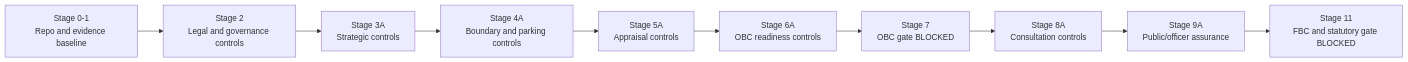
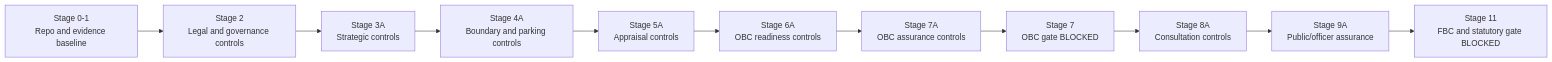
One commit to awjreynolds/bristol-wpl changed the diagram in README.md. Above: the diagram before and after it, drawn with Mermaid. The commit also changed other lines of this file and 30 other files, not shown here.

Commit message:
docs: add Stage 7A OBC assurance controls

````diff
--- a/README.md
+++ b/README.md
@@ -53,12 +53,13 @@
 ```mermaid
 flowchart LR
     S0["Stage 0-1<br/>Repo and evidence baseline"] --> S2["Stage 2<br/>Legal and governance controls"]
     S2 --> S3["Stage 3A<br/>Strategic controls"]
     S3 --> S4["Stage 4A<br/>Boundary and parking controls"]
     S4 --> S5["Stage 5A<br/>Appraisal controls"]
     S5 --> S6["Stage 6A<br/>OBC readiness controls"]
-    S6 --> S7["Stage 7<br/>OBC gate BLOCKED"]
+    S6 --> S7A["Stage 7A<br/>OBC assurance controls"]
+    S7A --> S7["Stage 7<br/>OBC gate BLOCKED"]
     S7 --> S8["Stage 8A<br/>Consultation controls"]
     S8 --> S9["Stage 9A<br/>Public/officer assurance"]
     S9 --> S11["Stage 11<br/>FBC and statutory gate BLOCKED"]
 ```
````
